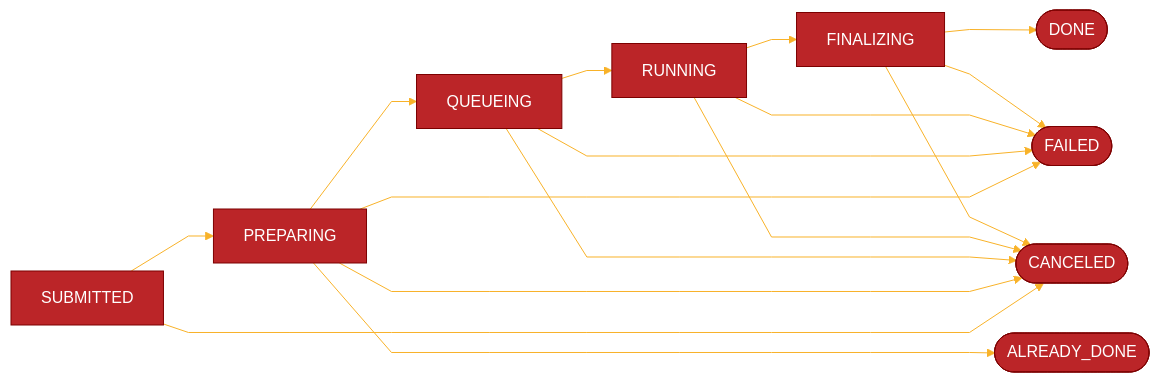
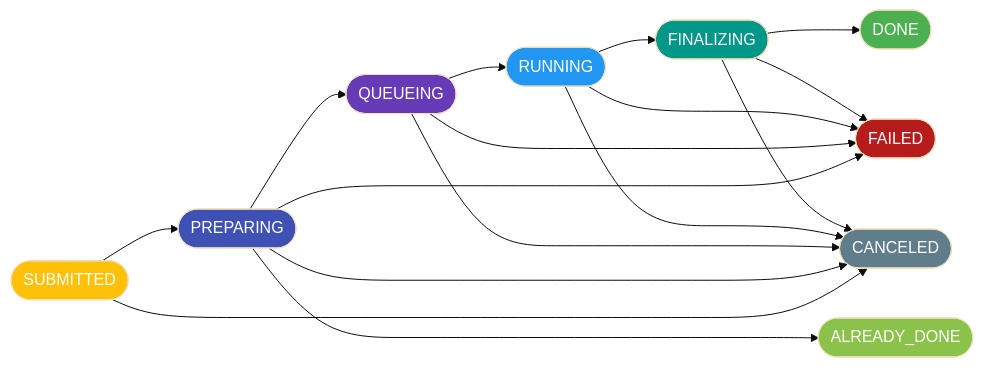
One commit to impeccableai/axii-docs changed the first of 2 diagrams in experiments.md. Above: the diagram before and after it, drawn with Mermaid. The commit also changed other lines of this file, not shown here.

Commit message:
docs: update experiments

````diff
--- a/experiments.md
+++ b/experiments.md
@@ -24,28 +24,29 @@
 ```mermaid
 %%{
   init: {
-  	'flowchart': { 'curve': 'linear' },
     'theme': 'base',
-    'themeVariables': {
-      'primaryColor': '#BB2528',
-      'primaryTextColor': '#fff',
-      'primaryBorderColor': '#7C0000',
-      'lineColor': '#F8B229',
-      'secondaryColor': '#006100',
-      'tertiaryColor': '#fff'
-    }
+    'themeVariables': {}
   }
 }%%
 flowchart LR
- 		SUBMITTED --> PREPARING --> QUEUEING --> RUNNING --> FINALIZING --> DONE([DONE])
-    FINALIZING --> FAILED([FAILED])
+ 		SUBMITTED([SUBMITTED]):::submitted --> PREPARING([PREPARING]):::preparing --> QUEUEING([QUEUEING]):::queueing --> RUNNING([RUNNING]):::running --> FINALIZING([FINALIZING]):::finalizing --> DONE([DONE]):::done
+    FINALIZING --> FAILED([FAILED]):::failed
     RUNNING --> FAILED
     QUEUEING --> FAILED
     PREPARING --> FAILED
-    FINALIZING --> CANCELED([CANCELED])
+    FINALIZING --> CANCELED([CANCELED]):::canceled
     RUNNING --> CANCELED
     QUEUEING --> CANCELED
     PREPARING --> CANCELED
     SUBMITTED --> CANCELED
-    PREPARING -----> ALREADY_DONE([ALREADY_DONE])
+    PREPARING -----> ALREADY_DONE([ALREADY_DONE]):::alreadyDone
+    classDef submitted fill:#FFC107,color:#fff;
+    classDef queueing fill:#673AB7,color:#fff;
+    classDef preparing fill:#3F51B5,color:#fff;
+    classDef running fill:#2196F3,color:#fff;
+    classDef finalizing fill:#009688,color:#fff;
+    classDef done fill:#4CAF50,color:#fff;
+    classDef alreadyDone fill:#8BC34A,color:#fff;
+    classDef canceled fill:#607D8B,color:#fff;
+    classDef failed fill:#b71c1c,color:#fff;
 ```
````
